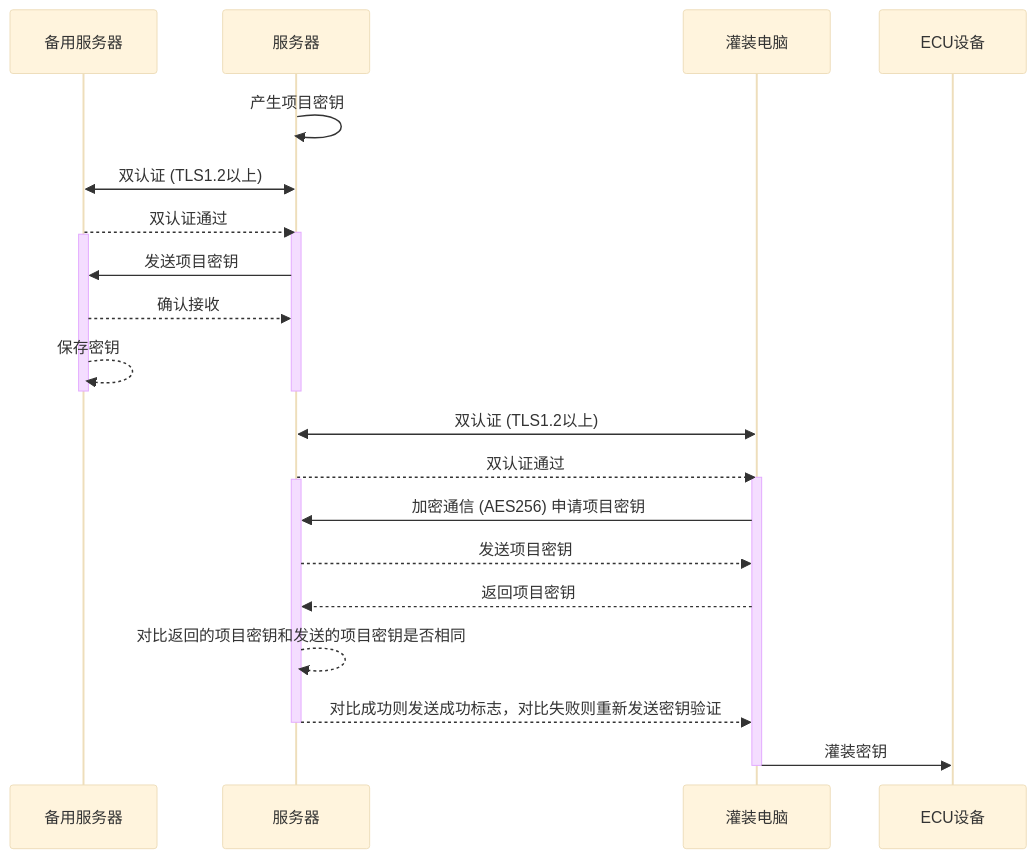
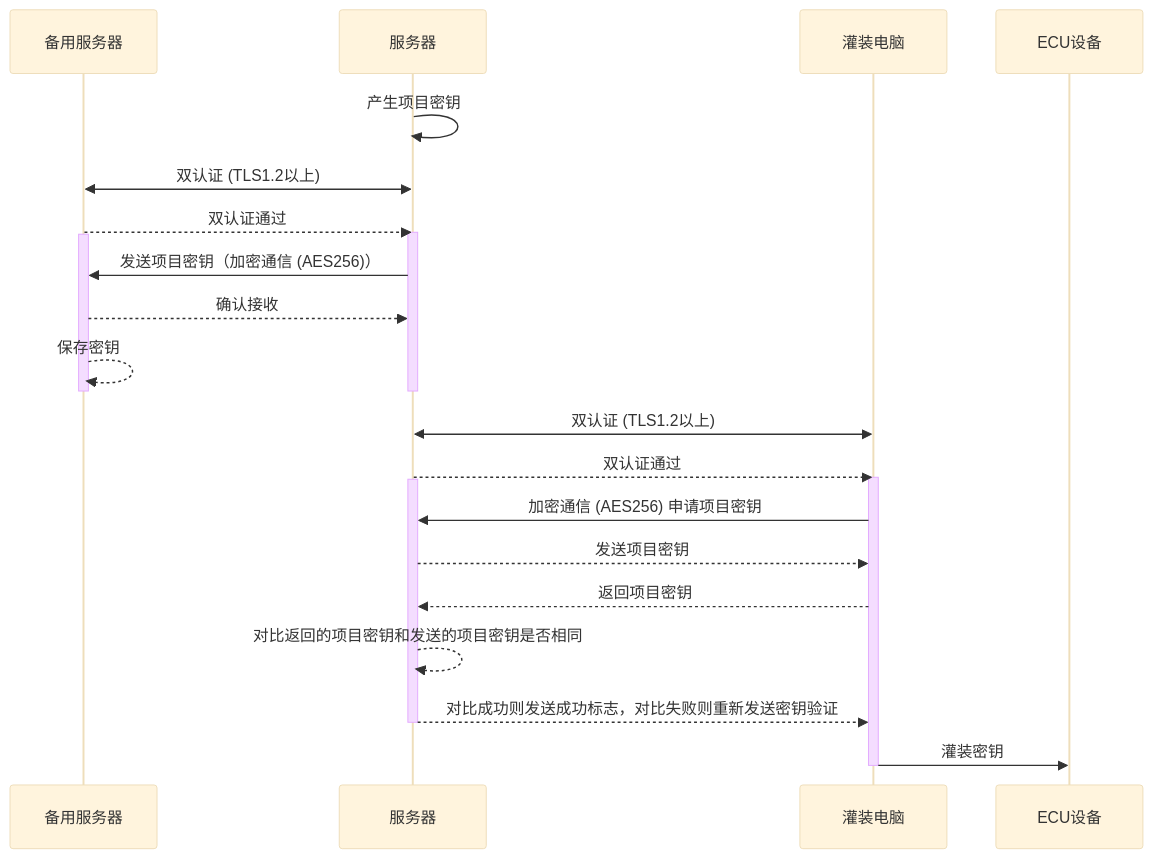
The diagram in all/未命名-10.md (facebook-cloud/iodraw-files), drawn with Mermaid (base theme) before and after one commit.

Commit message:
2026-01-15 11:24:57 update

````diff
--- a/all/未命名-10.md
+++ b/all/未命名-10.md
@@ -1,32 +1,32 @@
 ```mermaid
 sequenceDiagram
     participant B as 备用服务器
     participant A as 服务器
     participant C as 灌装电脑
     participant D as ECU设备
 
     A->>A: 产生项目密钥
     A<<->>B: 双认证 (TLS1.2以上)
     B-->>A: 双认证通过
     activate A
     activate B
-    A->>B: 发送项目密钥
+    A->>B: 发送项目密钥（加密通信 (AES256)）
     B-->>A: 确认接收
     B-->>B: 保存密钥
     deactivate B
     deactivate A
 
     C<<->>A: 双认证 (TLS1.2以上)
     A-->>C: 双认证通过
     activate C
     activate A
     C->>A: 加密通信 (AES256) 申请项目密钥
     A-->>C: 发送项目密钥
     C-->>A: 返回项目密钥
     A-->>A: 对比返回的项目密钥和发送的项目密钥是否相同
     A-->>C: 对比成功则发送成功标志，对比失败则重新发送密钥验证
     deactivate A
     C->>D: 灌装密钥
     deactivate C
 
 ```
````
